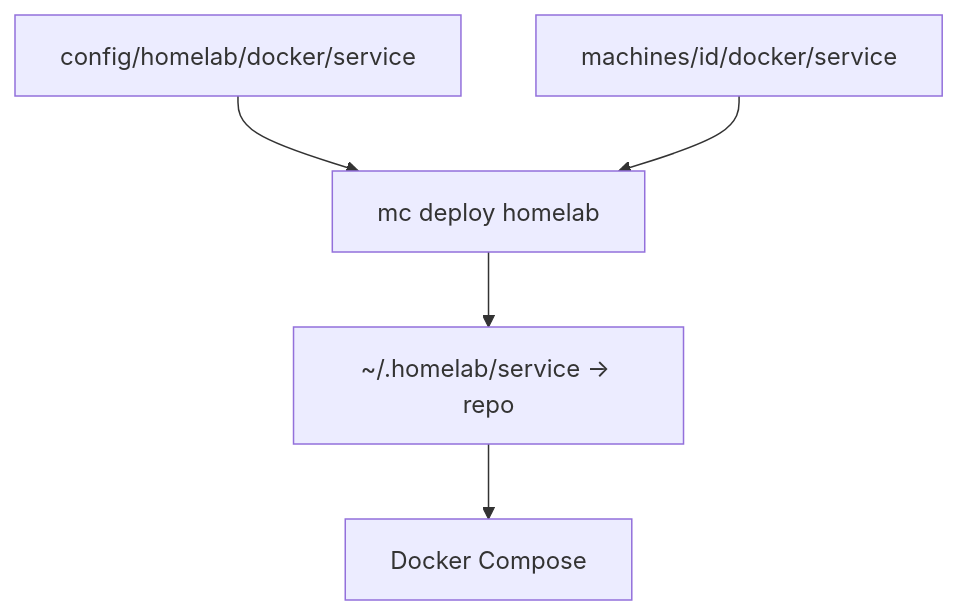
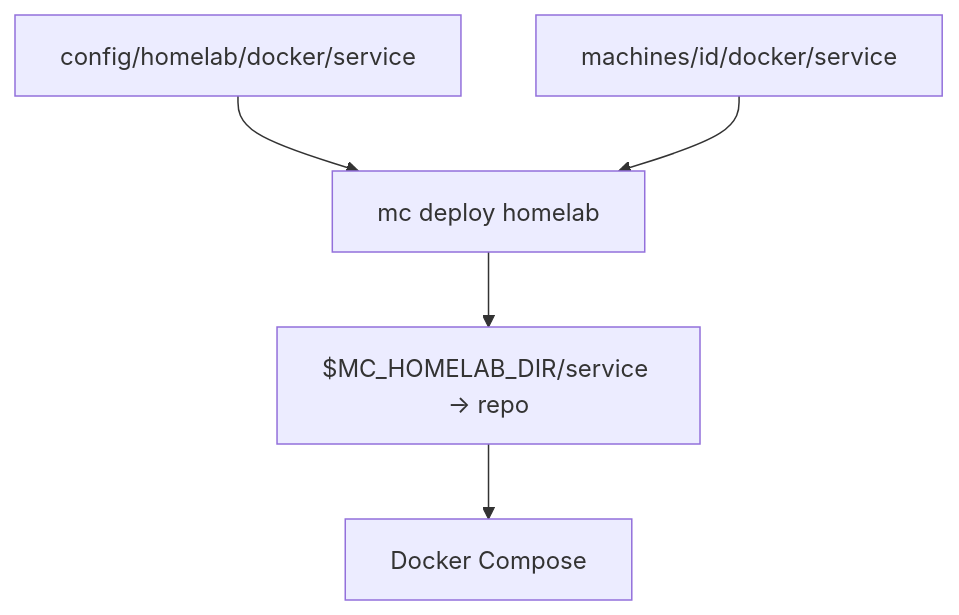
One commit to mohdfareed/machine changed the diagram in config/homelab/README.md. Above: the diagram before and after it, drawn with Mermaid. The commit also changed other lines of this file and 22 other files, not shown here.

````diff
--- a/config/homelab/README.md
+++ b/config/homelab/README.md
@@ -83,7 +84,7 @@
 ```mermaid
 flowchart TD
     Shared["config/homelab/docker/service"] --> Deploy["mc deploy homelab"]
     Machine["machines/id/docker/service"] --> Deploy
-    Deploy --> Link["~/.homelab/service → repo"]
+    Deploy --> Link["$MC_HOMELAB_DIR/service → repo"]
     Link --> Compose["Docker Compose"]
 ```
````
